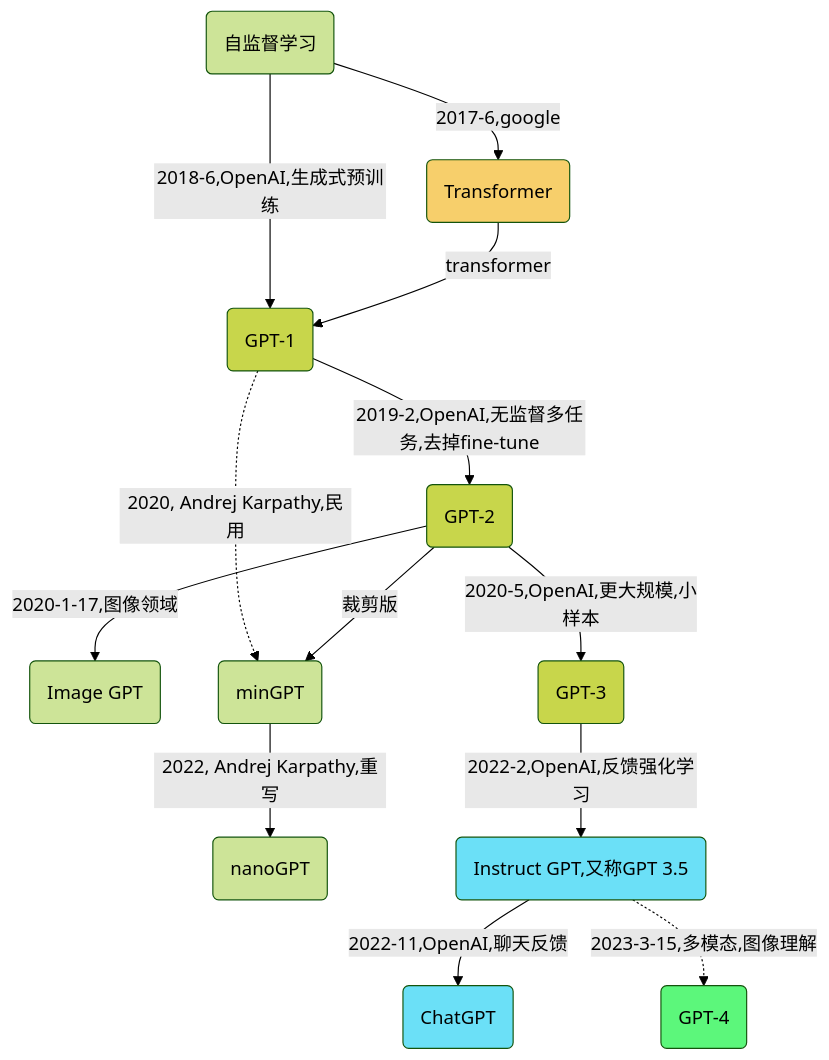
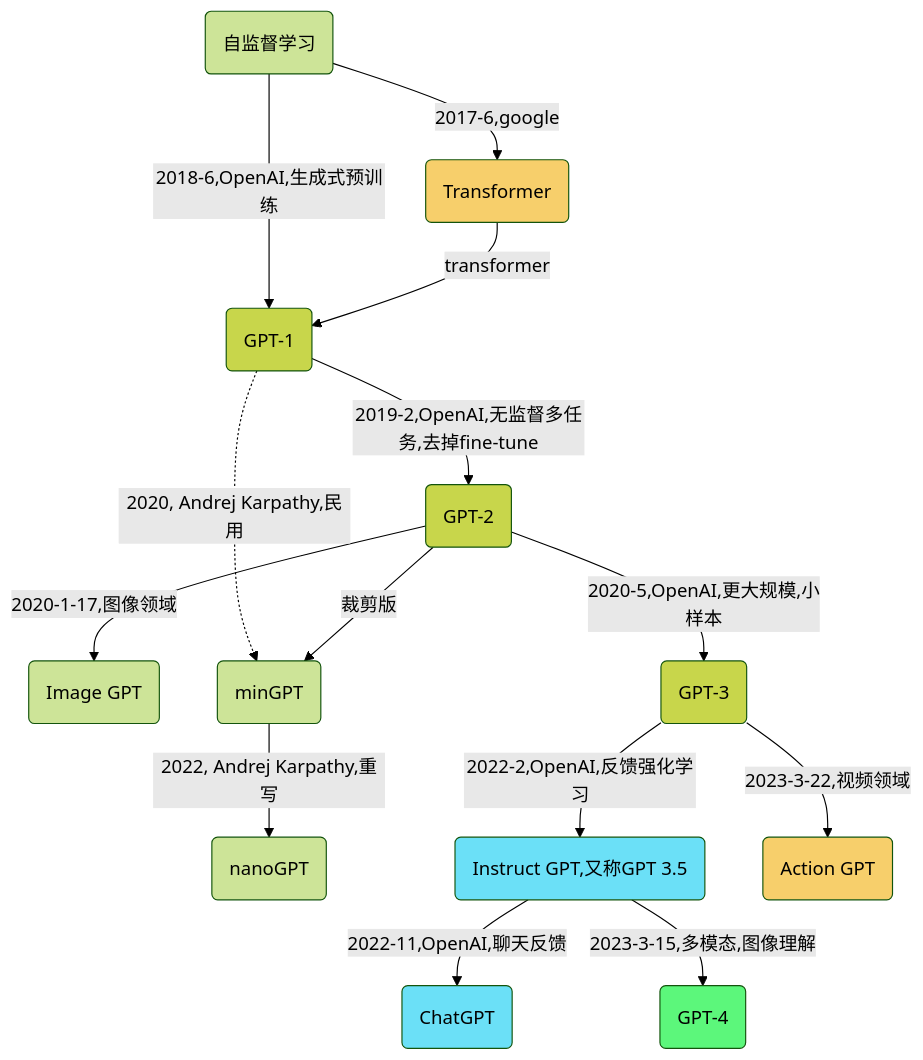
One commit to Gaohaoyang/gaohaoyang.github.io changed the first of 2 diagrams in _posts/2019-12-14-gpt.md. Above: the diagram before and after it, drawn with Mermaid (forest theme). The commit also changed other lines of this file, not shown here.

Commit message:
action gpt

```diff
--- a/_posts/2019-12-14-gpt.md
+++ b/_posts/2019-12-14-gpt.md
@@ -93,22 +93,23 @@
 <div class="mermaid">
     flowchart TD
     %% 节点颜色
     classDef red fill:#f02;
     classDef green fill:#5CF77B;
     classDef blue fill:#6BE0F7;
     classDef orange fill:#F7CF6B;
     classDef grass fill:#C8D64B;
     %%节点关系定义
     O(自监督学习)-->|2017-6,google|A(Transformer):::orange
     O-->|2018-6,OpenAI,生成式预训练| B
     A-->|transformer|B(GPT-1):::grass
     B-->|2019-2,OpenAI,无监督多任务,去掉fine-tune|C(GPT-2):::grass
     C-->|2020-1-17,图像领域|H(Image GPT)
     B-.->|2020, Andrej Karpathy,民用|B1(minGPT)
     B1-->|2022, Andrej Karpathy,重写|B2(nanoGPT)
     C-->|裁剪版|B1
     C-->|2020-5,OpenAI,更大规模,小样本|D(GPT-3):::grass
     D-->|2022-2,OpenAI,反馈强化学习|E(Instruct GPT,又称GPT 3.5):::blue
     E-->|2022-11,OpenAI,聊天反馈|F(ChatGPT):::blue
-    E-.->|2023-3-15,多模态,图像理解|G(GPT-4):::green
+    E-->|2023-3-15,多模态,图像理解|G(GPT-4):::green
+    D-->|2023-3-22,视频领域|I(Action GPT):::orange
 </div>
```
